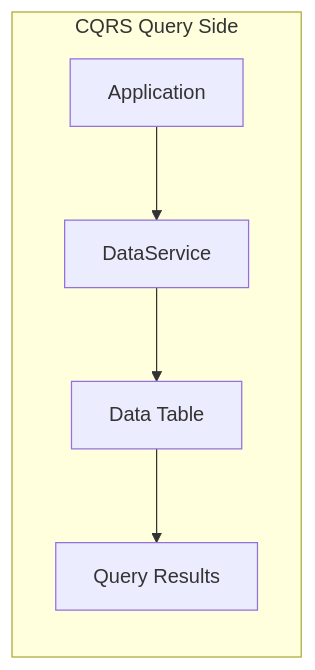
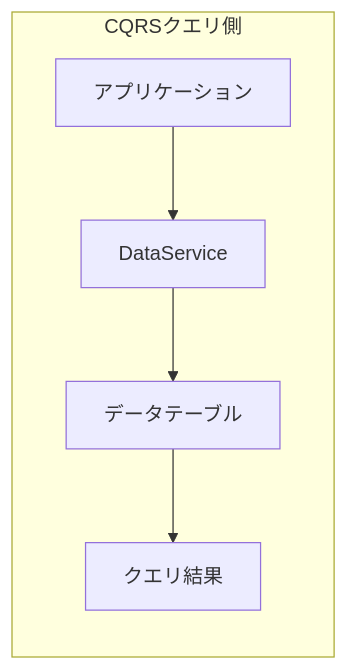
One commit to mbc-net/mbc-cqrs-serverless-doc changed the diagram in i18n/ja/docusaurus-plugin-content-docs/current/data-service.md. Above: the diagram before and after it, drawn with Mermaid. The commit also changed other lines of this file and 3 other files, not shown here.

First line of the commit message:
docs: Add Japanese translations for api-reference and data-service pages

````diff
--- a/i18n/ja/docusaurus-plugin-content-docs/current/data-service.md
+++ b/i18n/ja/docusaurus-plugin-content-docs/current/data-service.md
@@ -11,8 +11,8 @@
 ```mermaid
 graph LR
-    subgraph "CQRS Query Side"
-        A["Application"] --> B["DataService"]
-        B --> C["Data Table"]
-        C --> D["Query Results"]
+    subgraph "CQRSクエリ側"
+        A["アプリケーション"] --> B["DataService"]
+        B --> C["データテーブル"]
+        C --> D["クエリ結果"]
     end
 ```
````
